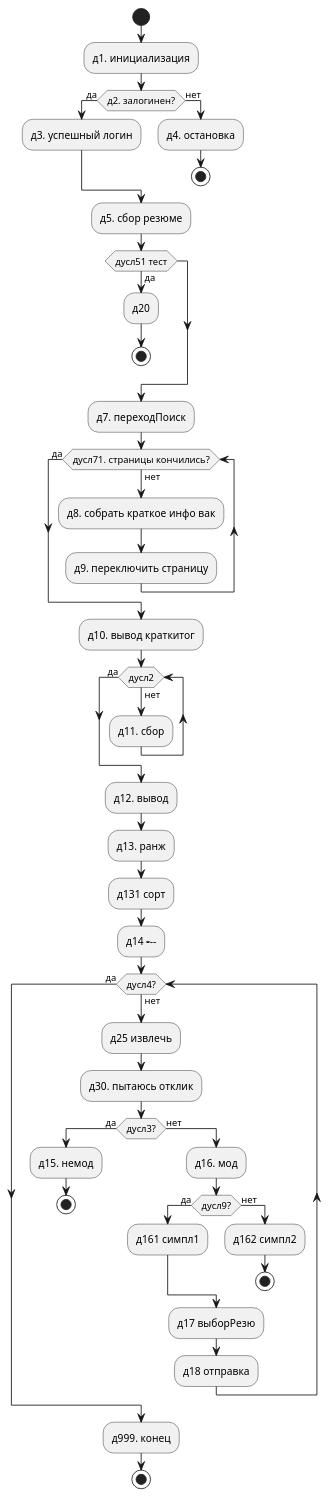
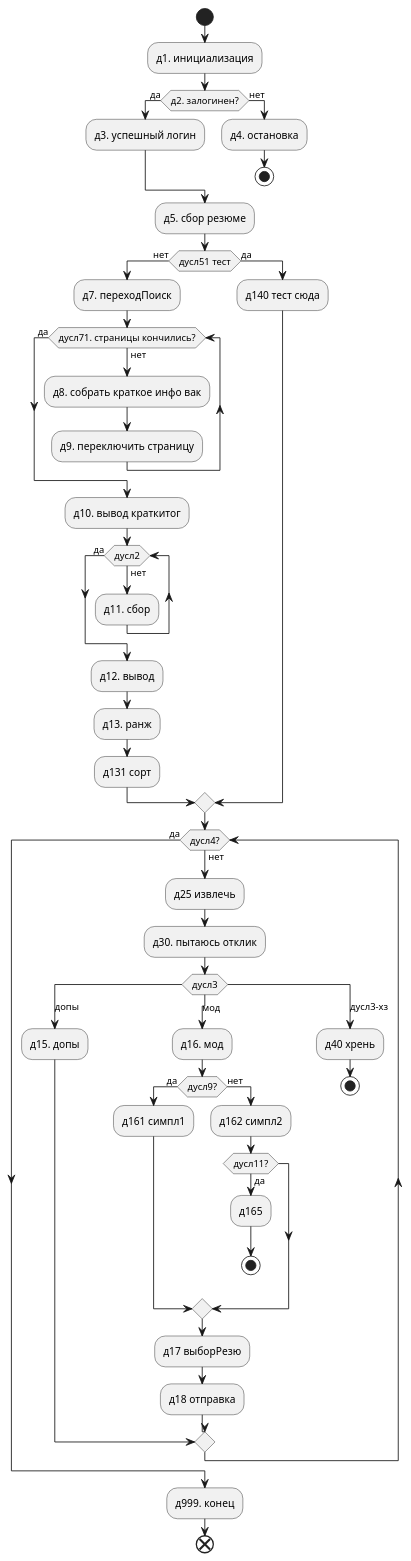
The diagram in ТЗ_HH_Auto_Extension_v2.md (disuka/hh_auto_otklik), drawn with PlantUML before and after one commit. The commit also changed other lines of this file and 2 other files, not shown here.

```diff
--- a/ТЗ_HH_Auto_Extension_v2.md
+++ b/ТЗ_HH_Auto_Extension_v2.md
@@ -388,48 +408,54 @@
 @startuml
 start
 :д1. инициализация;
 if (д2. залогинен?) then (да)
     :д3. успешный логин;
 else (нет)
     :д4. остановка;
     stop
 endif
 :д5. сбор резюме;
-if (дусл51 тест) then (да)
-    :д20;
-    stop
+if (дусл51 тест) then (нет)
+    :д7. переходПоиск;
+    while (дусл71. страницы кончились?) is (нет)
+        :д8. собрать краткое инфо вак;
+        :д9. переключить страницу;
+    endwhile (да)
+    :д10. вывод краткитог;
+    while (дусл2) is (нет)
+        :д11. сбор;
+    endwhile (да)
+    :д12. вывод;
+    :д13. ранж;
+    :д131 сорт;
+else (да)
+    :д140 тест сюда;
 endif
-:д7. переходПоиск;
-while (дусл71. страницы кончились?) is (нет)
-    :д8. собрать краткое инфо вак;
-    :д9. переключить страницу;
-endwhile (да)
-:д10. вывод краткитог;
-while (дусл2) is (нет)
-    :д11. сбор;
-endwhile (да)
-:д12. вывод;
-:д13. ранж;
-:д131 сорт;
-:д14 -------;
 while (дусл4?) is (нет)
     :д25 извлечь;
     :д30. пытаюсь отклик;
-    if (дусл3?) then (да)
-        :д15. немод;
-        stop
-    else (нет)
+    switch (дусл3)
+    case (допы)
+        :д15. допы;
+        
+    case (мод)
         :д16. мод;
         if (дусл9?) then (да)
             :д161 симпл1;
         else (нет)
             :д162 симпл2;
-            stop
+            if (дусл11?) then (да)
+              :д165; 
+              stop
+             endif
         endif
         :д17 выборРезю;
         :д18 отправка;
-    endif
+    case (дусл3-хз)
+        :д40 хрень;
+        stop
+    endswitch
 endwhile (да)
 :д999. конец;
-stop
+end
 @enduml
```
